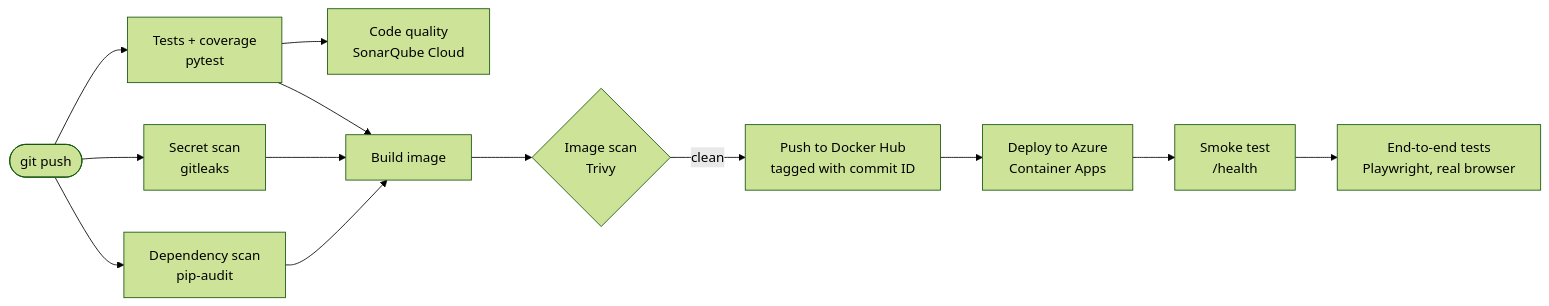
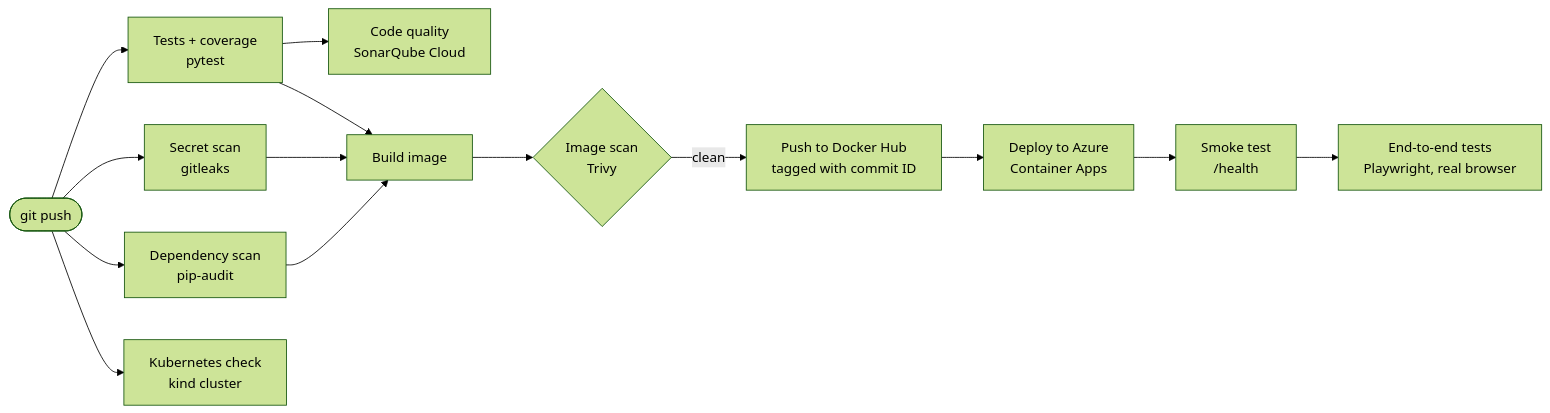
The second of 4 diagrams in README.md (joinsrikanth945/Wealth-agentic-rag-azure-openai), drawn with Mermaid (forest theme) before and after one commit. The commit also changed other lines of this file and 3 other files, not shown here.

````diff
--- a/README.md
+++ b/README.md
@@ -325,15 +372,16 @@
 ```mermaid
 flowchart LR
     P([git push]) --> T[Tests + coverage<br/>pytest]
     P --> S[Secret scan<br/>gitleaks]
     P --> D[Dependency scan<br/>pip-audit]
+    P --> KC[Kubernetes check<br/>kind cluster]
     T --> Q[Code quality<br/>SonarQube Cloud]
     T --> B
     S --> B
     D --> B[Build image]
     B --> V{Image scan<br/>Trivy}
     V -->|clean| H[Push to Docker Hub<br/>tagged with commit ID]
     H --> A[Deploy to Azure<br/>Container Apps]
     A --> K[Smoke test<br/>/health]
     K --> E[End-to-end tests<br/>Playwright, real browser]
 ```
````
